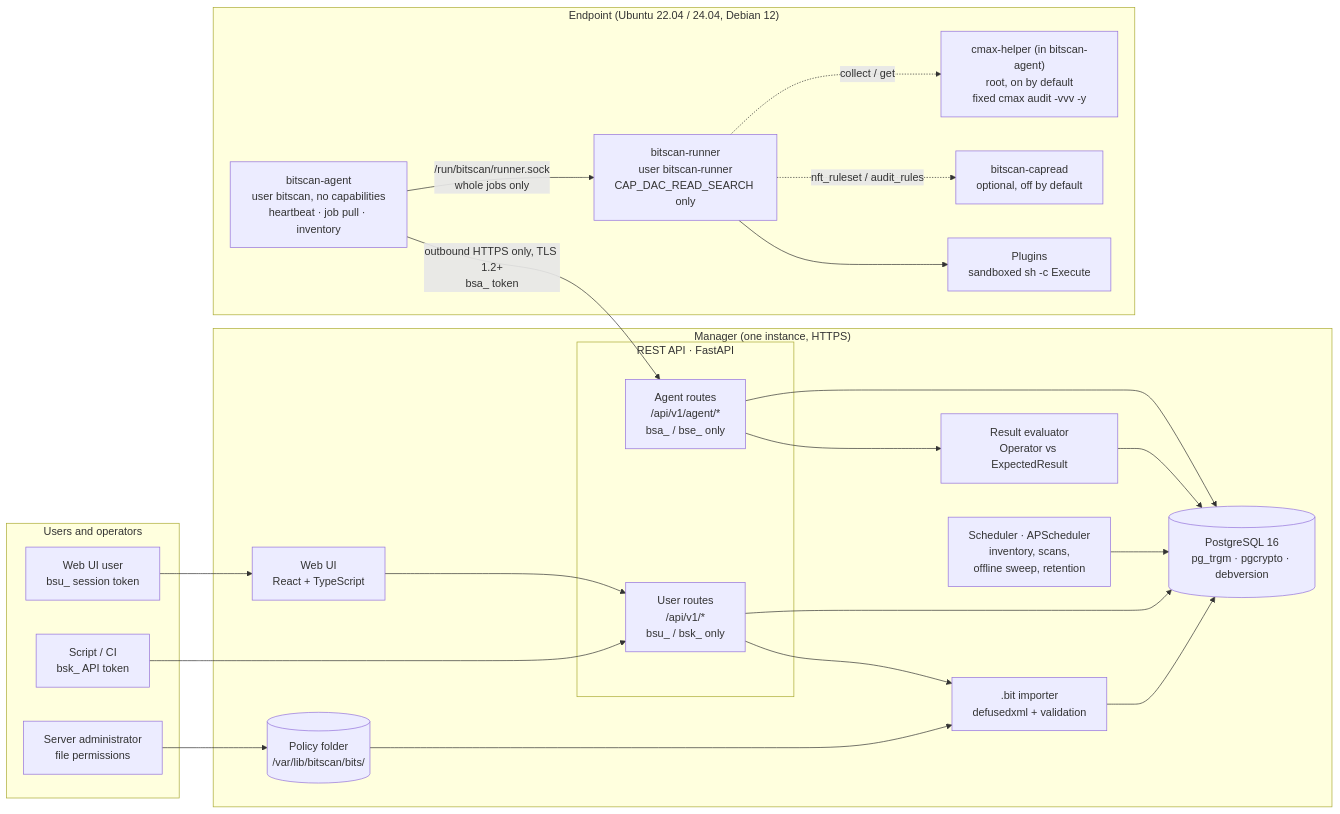
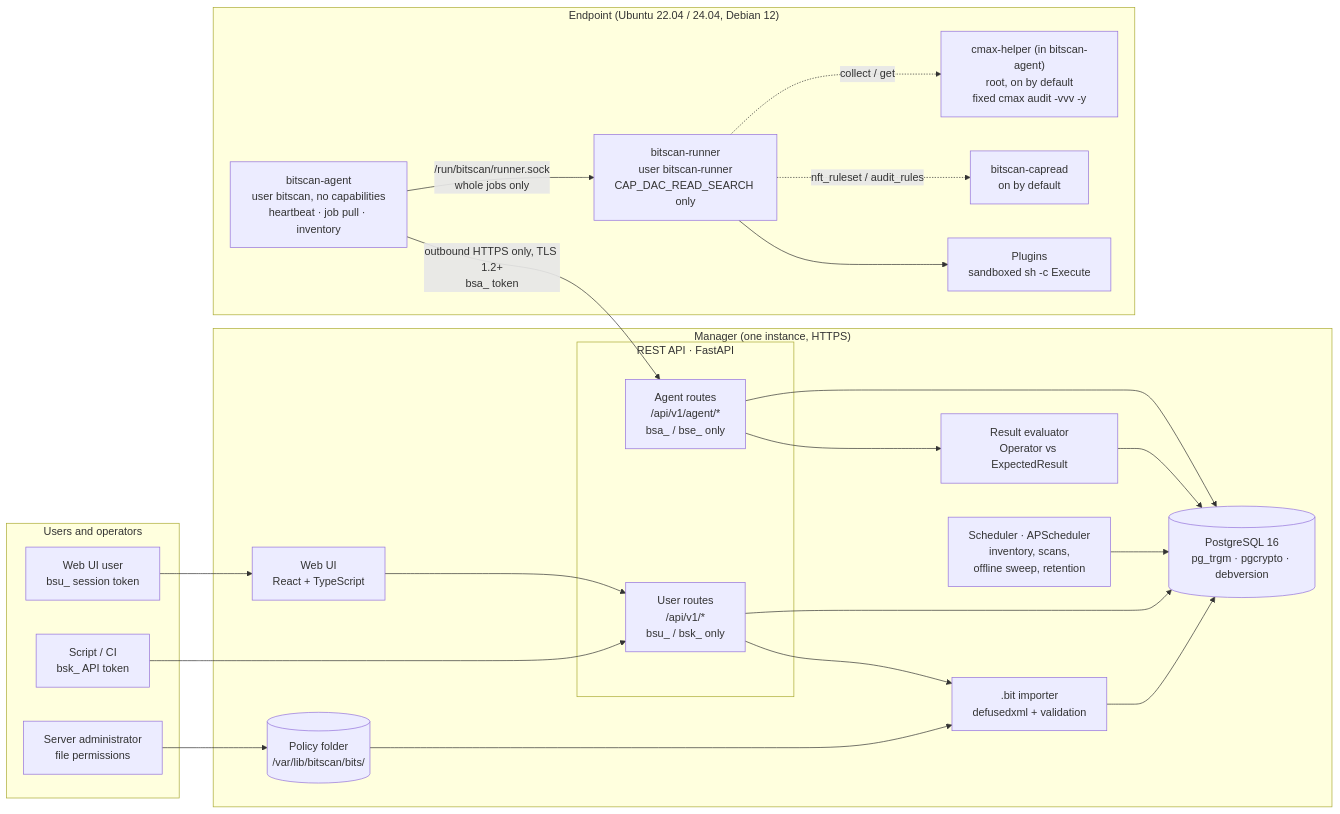
Before and after one commit to lusterless/Bitscan: the diagram in docs/spec/Technical_Specification.md, drawn with Mermaid. The commit also changed other lines of this file and 3 other files, not shown here.

First line of the commit message:
docs(spec): bitscan-capread on by default on every host

````diff
--- a/docs/spec/Technical_Specification.md
+++ b/docs/spec/Technical_Specification.md
@@ -49,45 +49,45 @@
 ```mermaid
 flowchart LR
   subgraph People["Users and operators"]
     U["Web UI user<br/>bsu_ session token"]
     CI["Script / CI<br/>bsk_ API token"]
     SA["Server administrator<br/>file permissions"]
   end
 
   subgraph M["Manager (one instance, HTTPS)"]
     UI["Web UI<br/>React + TypeScript"]
     subgraph API["REST API · FastAPI"]
       UR["User routes<br/>/api/v1/*<br/>bsu_ / bsk_ only"]
       AR["Agent routes<br/>/api/v1/agent/*<br/>bsa_ / bse_ only"]
     end
     IMP[".bit importer<br/>defusedxml + validation"]
     EV["Result evaluator<br/>Operator vs ExpectedResult"]
     SCH["Scheduler · APScheduler<br/>inventory, scans,<br/>offline sweep, retention"]
     DIR[("Policy folder<br/>/var/lib/bitscan/bits/")]
     DB[("PostgreSQL 16<br/>pg_trgm · pgcrypto · debversion")]
   end
 
   subgraph E["Endpoint (Ubuntu 22.04 / 24.04, Debian 12)"]
     AG["bitscan-agent<br/>user bitscan, no capabilities<br/>heartbeat · job pull · inventory"]
     RN["bitscan-runner<br/>user bitscan-runner<br/>CAP_DAC_READ_SEARCH only"]
     PL["Plugins<br/>sandboxed sh -c Execute"]
-    CR["bitscan-capread<br/>optional, off by default"]
+    CR["bitscan-capread<br/>on by default"]
     CMX["cmax-helper (in bitscan-agent)<br/>root, on by default<br/>fixed cmax audit -vvv -y"]
   end
 
   U --> UI --> UR
   CI --> UR
   SA --> DIR
   UR --> IMP
   DIR --> IMP
   IMP --> DB
   UR --> DB
   SCH --> DB
   AR --> EV --> DB
   AR --> DB
   AG -- "outbound HTTPS only, TLS 1.2+<br/>bsa_ token" --> AR
   AG -- "/run/bitscan/runner.sock<br/>whole jobs only" --> RN
   RN --> PL
   RN -. "nft_ruleset / audit_rules" .-> CR
   RN -. "collect / get" .-> CMX
 ```
````
